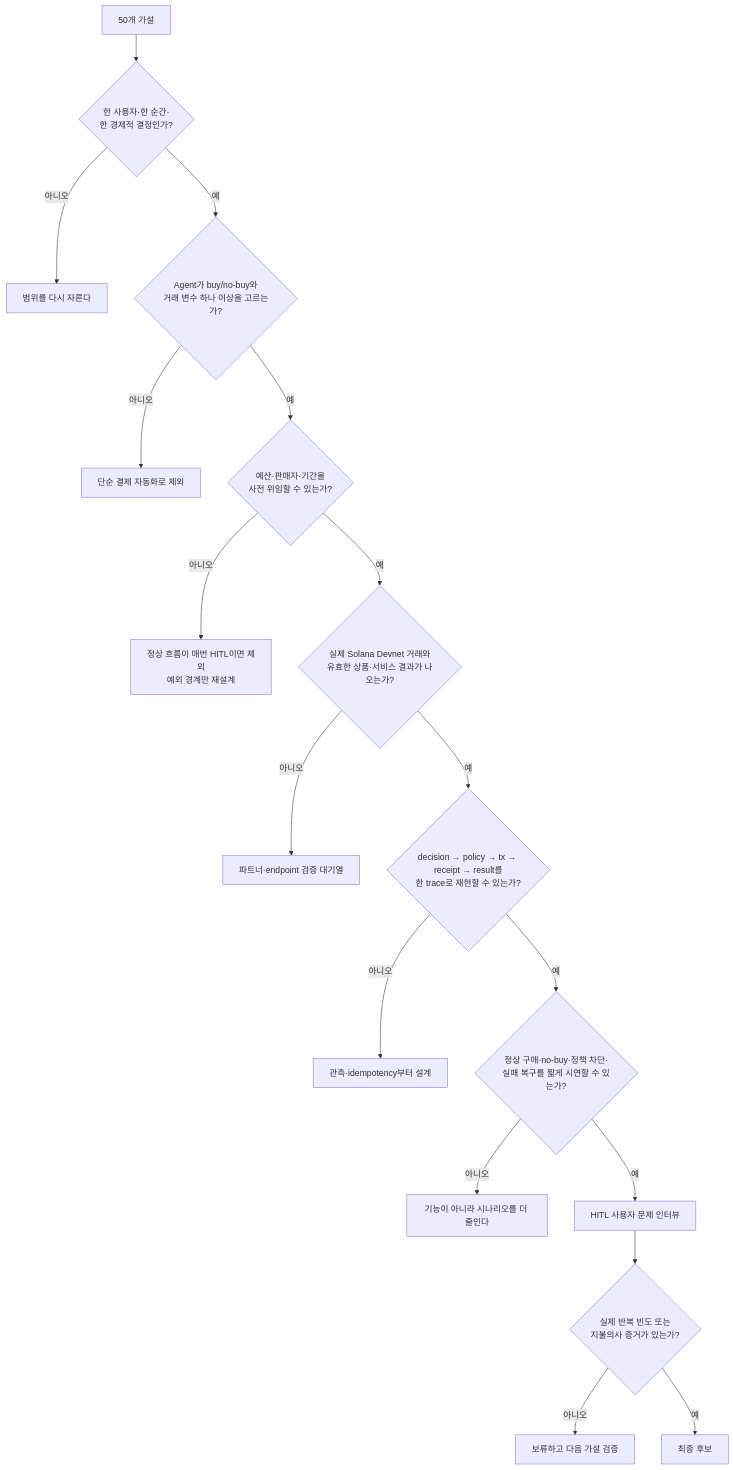
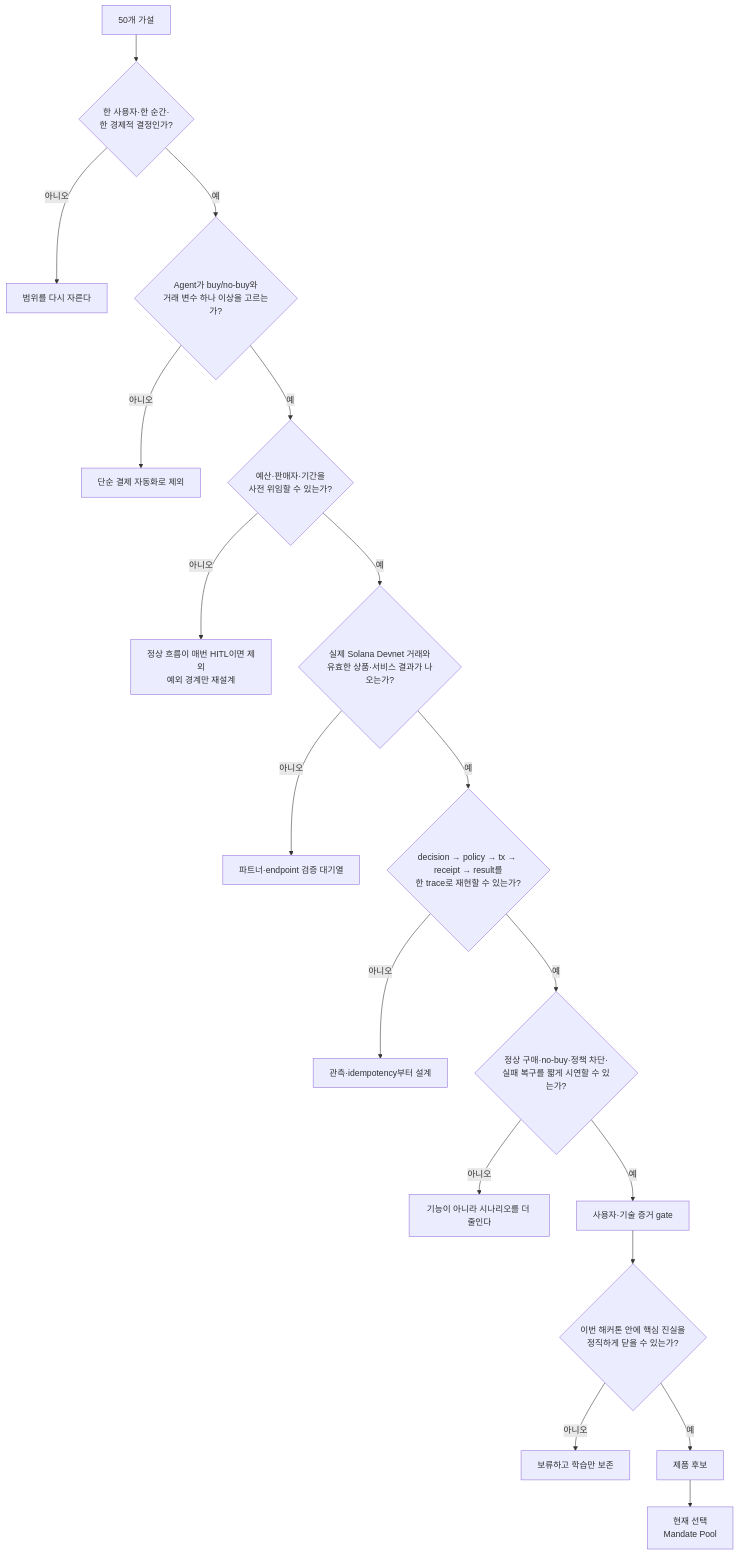
Before and after one commit to procloudkim/2026-Solana-Google: the third of 3 diagrams in research/agentic-commerce-50-ideas.md, drawn with Mermaid. The commit also changed other lines of this file and 75 other files, not shown here.

````diff
--- a/research/agentic-commerce-50-ideas.md
+++ b/research/agentic-commerce-50-ideas.md
@@ -174,19 +186,20 @@
 ```mermaid
 flowchart TD
     S["50개 가설"] --> G1{"한 사용자·한 순간·<br/>한 경제적 결정인가?"}
     G1 -->|아니오| R1["범위를 다시 자른다"]
     G1 -->|예| G2{"Agent가 buy/no-buy와<br/>거래 변수 하나 이상을 고르는가?"}
     G2 -->|아니오| R2["단순 결제 자동화로 제외"]
     G2 -->|예| G3{"예산·판매자·기간을<br/>사전 위임할 수 있는가?"}
     G3 -->|아니오| R3["정상 흐름이 매번 HITL이면 제외<br/>예외 경계만 재설계"]
     G3 -->|예| G4{"실제 Solana Devnet 거래와<br/>유효한 상품·서비스 결과가 나오는가?"}
     G4 -->|아니오| R4["파트너·endpoint 검증 대기열"]
     G4 -->|예| G5{"decision → policy → tx → receipt → result를<br/>한 trace로 재현할 수 있는가?"}
     G5 -->|아니오| R5["관측·idempotency부터 설계"]
     G5 -->|예| G6{"정상 구매·no-buy·정책 차단·<br/>실패 복구를 짧게 시연할 수 있는가?"}
     G6 -->|아니오| R6["기능이 아니라 시나리오를 더 줄인다"]
-    G6 -->|예| H["HITL 사용자 문제 인터뷰"]
-    H --> V{"실제 반복 빈도 또는<br/>지불의사 증거가 있는가?"}
-    V -->|아니오| P["보류하고 다음 가설 검증"]
-    V -->|예| F["최종 후보"]
+    G6 -->|예| H["사용자·기술 증거 gate"]
+    H --> V{"이번 해커톤 안에 핵심 진실을<br/>정직하게 닫을 수 있는가?"}
+    V -->|아니오| P["보류하고 학습만 보존"]
+    V -->|예| F["제품 후보"]
+    F --> M["현재 선택<br/>Mandate Pool"]
 ```
````
